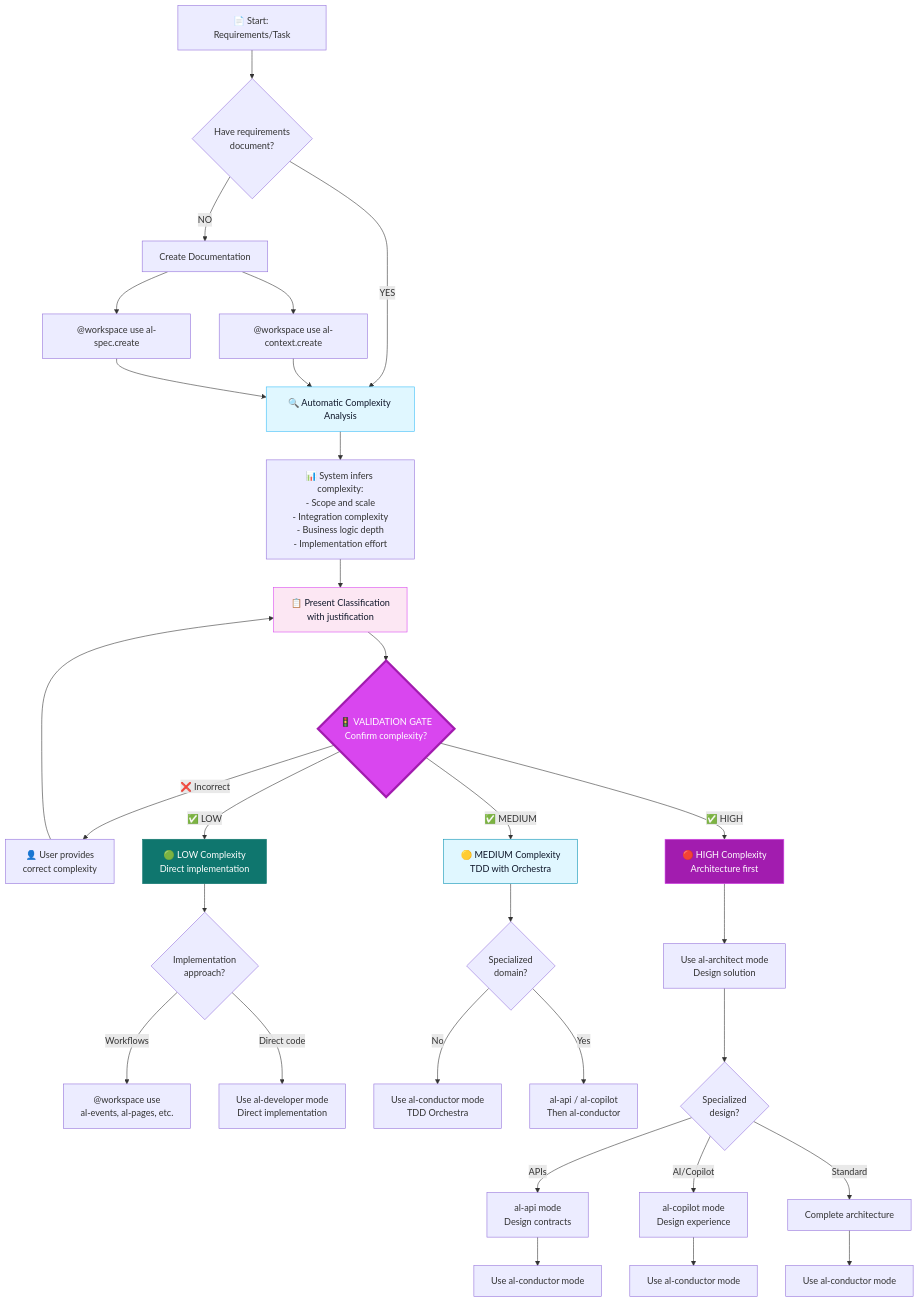
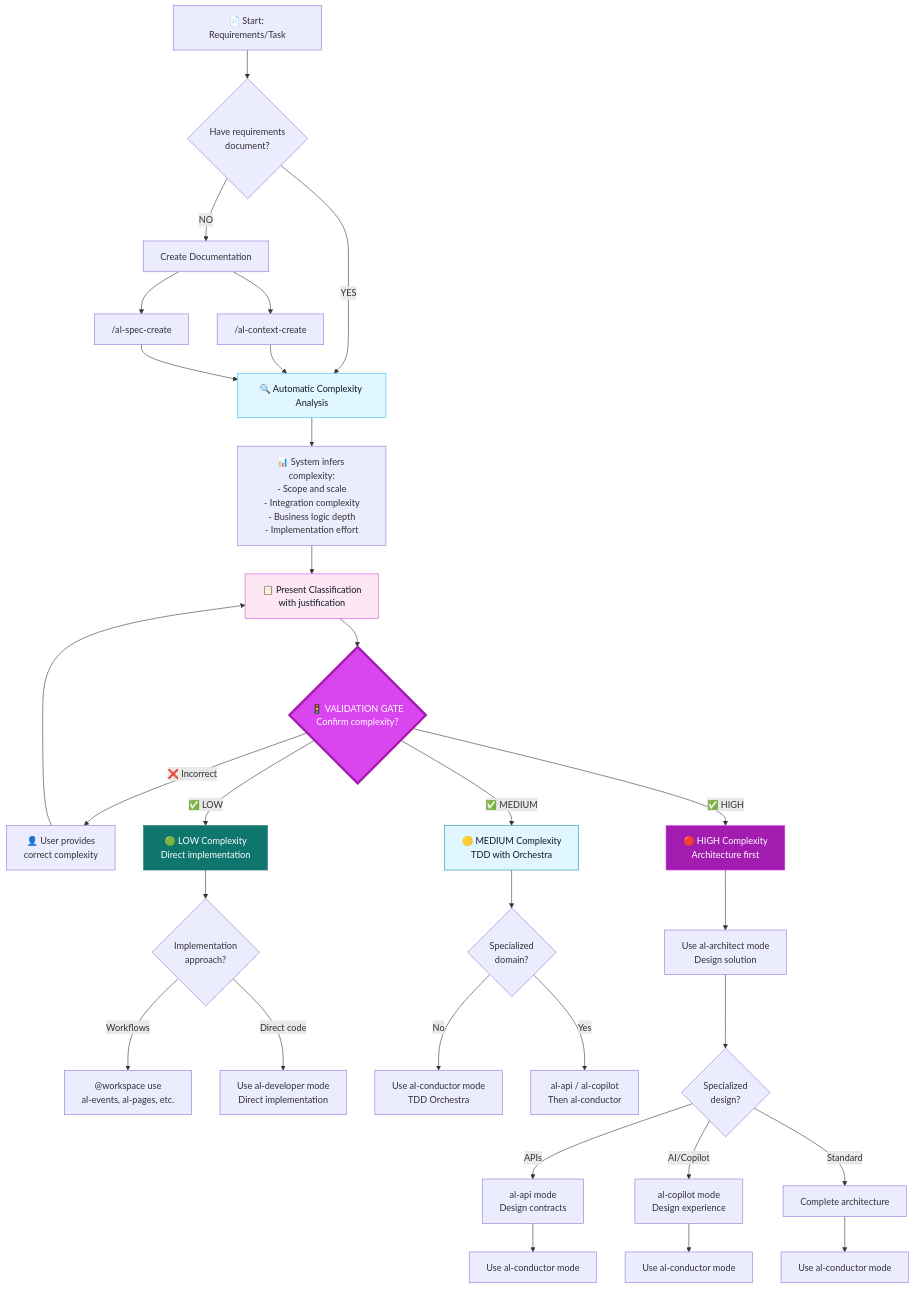
Before and after one commit to javiarmesto/ALDC-AL-Development-Collection: the first of 4 diagrams in docs/workflows/complete-development-flow.md, drawn with Mermaid. The commit also changed other lines of this file and 32 other files, not shown here.

````diff
--- a/docs/workflows/complete-development-flow.md
+++ b/docs/workflows/complete-development-flow.md
@@ -15,49 +15,49 @@
 ```mermaid
 graph TD
     A[📄 Start: Requirements/Task] --> B{Have requirements<br/>document?}
     B -->|NO| CreateDoc[Create Documentation]
-    CreateDoc --> Doc1["@workspace use al-context.create"]
-    CreateDoc --> Doc2["@workspace use al-spec.create"]
+    CreateDoc --> Doc1["/al-context-create"]
+    CreateDoc --> Doc2["/al-spec-create"]
     
     B -->|YES| Analyze[🔍 Automatic Complexity Analysis]
     Doc1 --> Analyze
     Doc2 --> Analyze
     
     Analyze --> Infer["📊 System infers complexity:<br/>- Scope and scale<br/>- Integration complexity<br/>- Business logic depth<br/>- Implementation effort"]
     
     Infer --> Present["📋 Present Classification<br/>with justification"]
     
     Present --> Gate{"🚦 VALIDATION GATE<br/>Confirm complexity?"}
     
     Gate -->|"❌ Incorrect"| UserCorrect["👤 User provides<br/>correct complexity"]
     UserCorrect --> Present
     
     Gate -->|"✅ LOW"| Low["🟢 LOW Complexity<br/>Direct implementation"]
     Gate -->|"✅ MEDIUM"| Med["🟡 MEDIUM Complexity<br/>TDD with Orchestra"]
     Gate -->|"✅ HIGH"| High["🔴 HIGH Complexity<br/>Architecture first"]
     
     Low --> LowOpt{Implementation<br/>approach?}
     LowOpt -->|Workflows| LowWork["@workspace use<br/>al-events, al-pages, etc."]
     LowOpt -->|Direct code| LowDev["Use al-developer mode<br/>Direct implementation"]
     
     Med --> MedSpec{Specialized<br/>domain?}
     MedSpec -->|No| MedCond["Use al-conductor mode<br/>TDD Orchestra"]
     MedSpec -->|Yes| MedSpecAgent["al-api / al-copilot<br/>Then al-conductor"]
     
     High --> HighArch["Use al-architect mode<br/>Design solution"]
     HighArch --> HighSpec{Specialized<br/>design?}
     HighSpec -->|APIs| HighAPI["al-api mode<br/>Design contracts"]
     HighSpec -->|AI/Copilot| HighCopilot["al-copilot mode<br/>Design experience"]
     HighSpec -->|Standard| HighStd["Complete architecture"]
     
     HighAPI --> HighCond1["Use al-conductor mode"]
     HighCopilot --> HighCond2["Use al-conductor mode"]
     HighStd --> HighCond3["Use al-conductor mode"]
     
     style Gate fill:#D946EF,stroke:#A21CAF,stroke-width:4px,color:#fff
     style Low fill:#0F766E,stroke:#0F766E,color:#fff
     style Med fill:#E0F7FF,stroke:#0891B2,color:#0F172A
     style High fill:#A21CAF,stroke:#D946EF,color:#fff
     style Analyze fill:#E0F7FF,stroke:#38BDF8,color:#0F172A
     style Present fill:#FCE7F3,stroke:#D946EF,color:#0F172A
 ```
````
